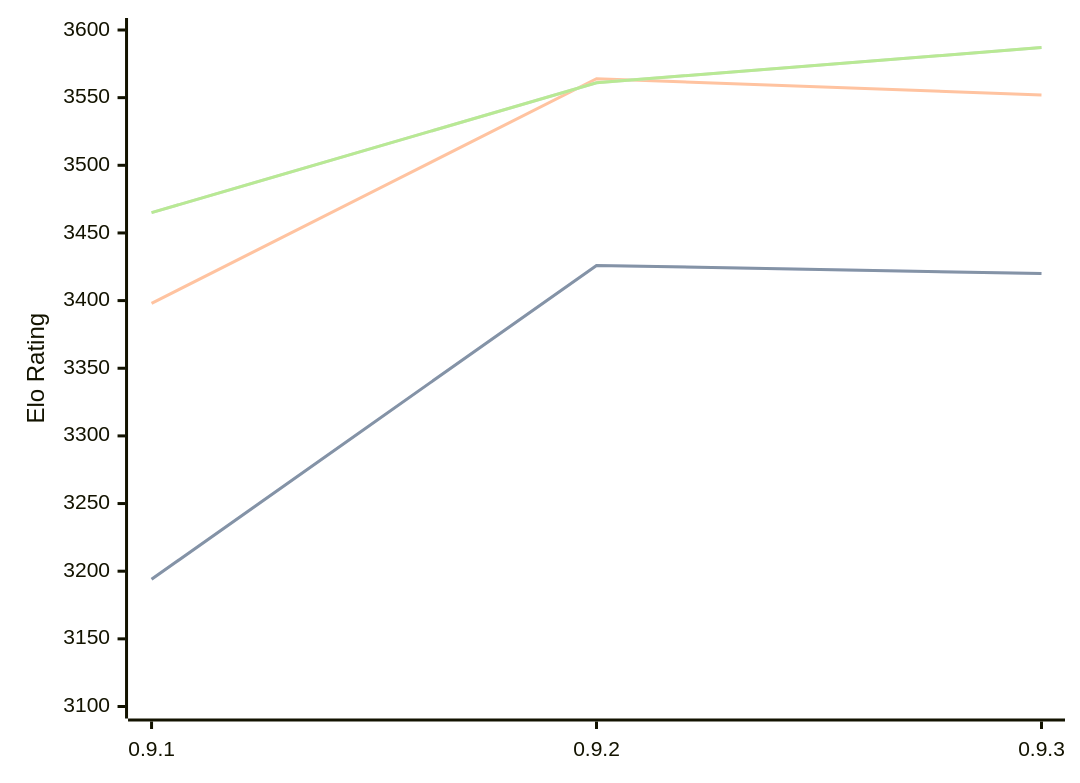
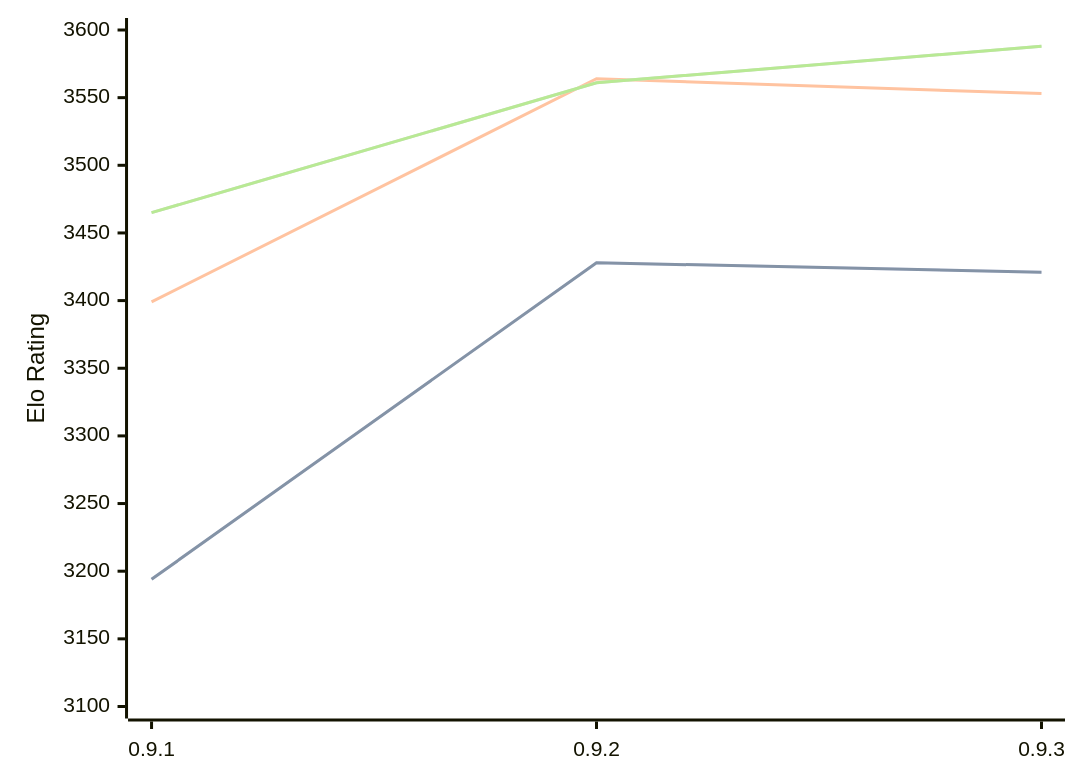
One commit to computer-chess-index/cci changed the diagram in engines/Coda.md. Above: the diagram before and after it, drawn with Mermaid. The commit also changed other lines of this file, not shown here.

Commit message:
Update CCI Ratings (ELO VLTC) - 2026-08-19

````diff
--- a/engines/Coda.md
+++ b/engines/Coda.md
@@ -33,11 +33,11 @@
 ```mermaid
 %%{init: {"theme":"base","themeVariables":{"seriesColors:['#a3a3a3','#222221','#faa371']}}}%%
 xychart-beta
   x-axis ["0.9.1", "0.9.2", "0.9.3"]
   y-axis "Elo Rating" 3100 --> 3600
-  line "STC (8.0+0.08s)" [3194, 3426, 3420]
-  line "STC (8.0+0.08s)" [3194, 3426, 3420]
-  line "LTC (60.0+0.60s)" [3398, 3564, 3552]
-  line "VLTC (2m24s+1.12s)" [3465, 3561, 3587]
-  line "VLTC (2m24s+1.12s)" [3465, 3561, 3587]
+  line "STC (8.0+0.08s)" [3194, 3428, 3421]
+  line "STC (8.0+0.08s)" [3194, 3428, 3421]
+  line "LTC (60.0+0.60s)" [3399, 3564, 3553]
+  line "VLTC (2m24s+1.12s)" [3465, 3561, 3588]
+  line "VLTC (2m24s+1.12s)" [3465, 3561, 3588]
 ```
````
